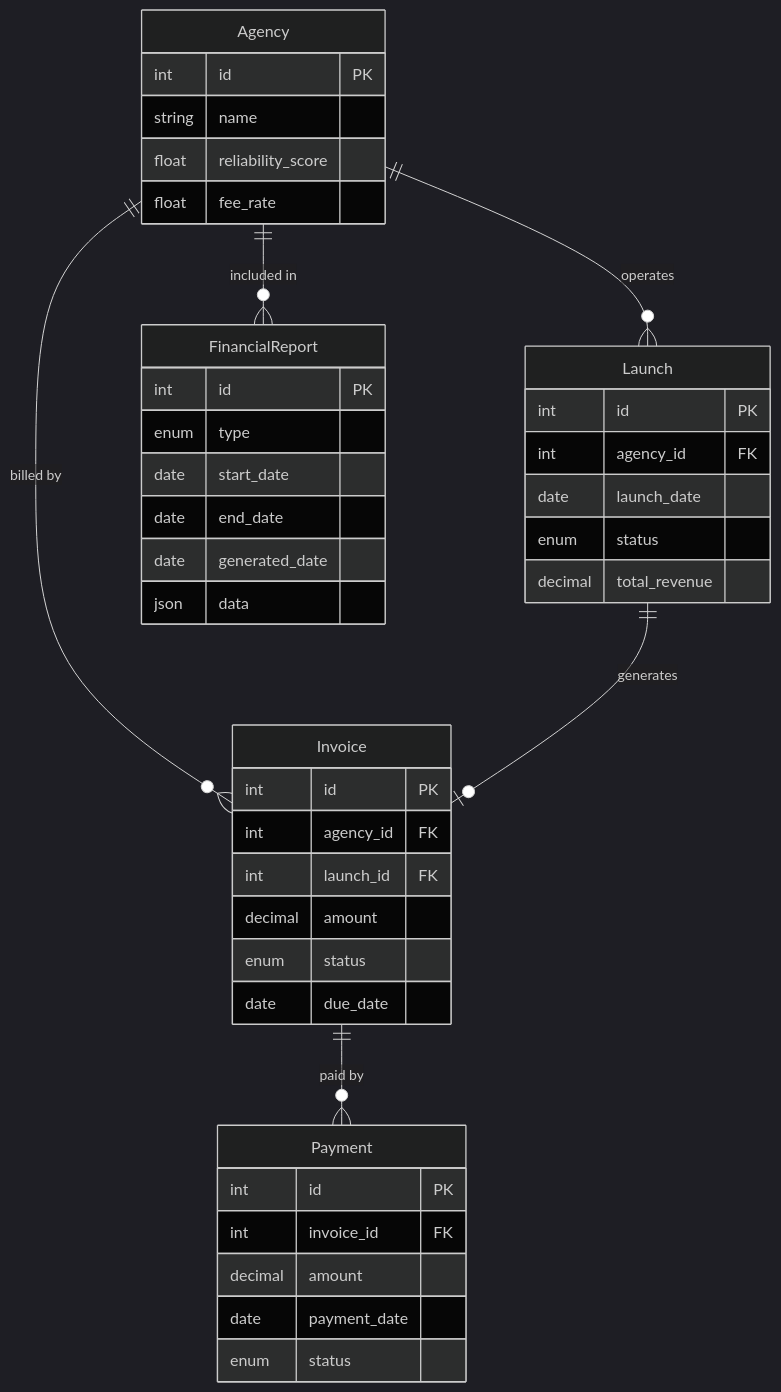
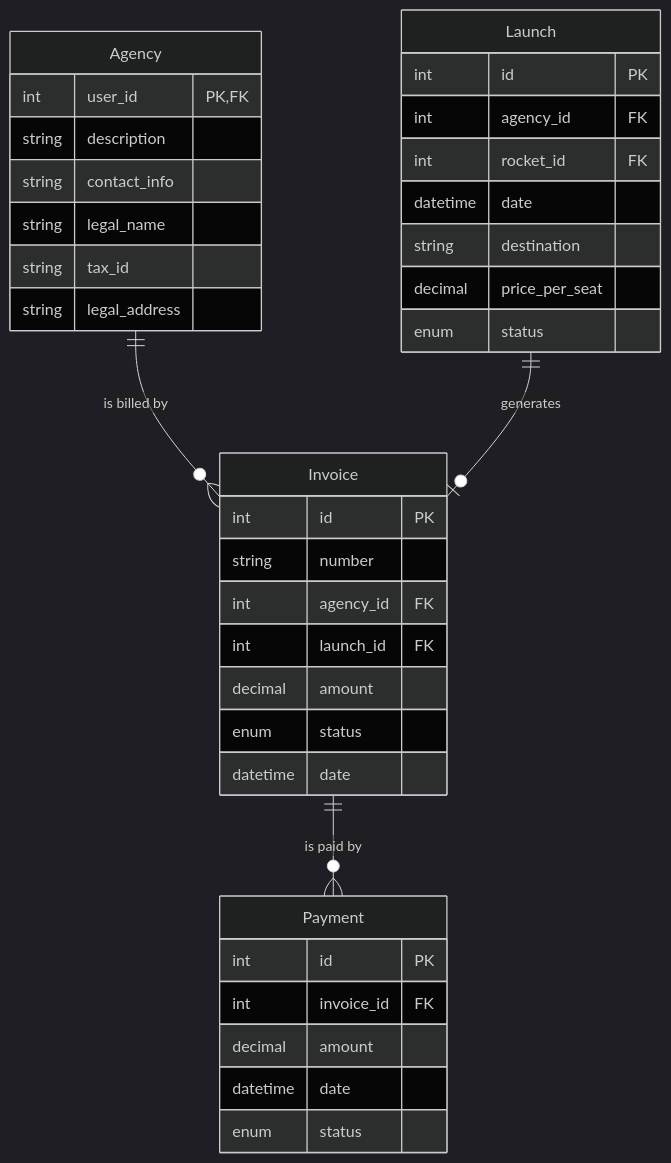
Before and after one commit to AstroBookings/.github: the second of 2 diagrams in profile/1-analysis/5_3-astrobookings-financial-operations-domain.md, drawn with Mermaid (dark theme). The commit also changed other lines of this file and 6 other files, not shown here.

````diff
--- a/profile/1-analysis/5_3-astrobookings-financial-operations-domain.md
+++ b/profile/1-analysis/5_3-astrobookings-financial-operations-domain.md
@@ -150,49 +126,43 @@
 ```mermaid
 erDiagram
     Agency {
-        int id PK
-        string name
-        float reliability_score
-        float fee_rate
+        int user_id PK,FK
+        string description
+        string contact_info
+        string legal_name
+        string tax_id
+        string legal_address
     }
-    
+
     Launch {
         int id PK
         int agency_id FK
-        date launch_date
+        int rocket_id FK
+        datetime date
+        string destination
+        decimal price_per_seat
         enum status
-        decimal total_revenue
     }
-    
+
     Invoice {
         int id PK
+        string number
         int agency_id FK
         int launch_id FK
         decimal amount
         enum status
-        date due_date
+        datetime date
     }
-    
+
     Payment {
         int id PK
         int invoice_id FK
         decimal amount
-        date payment_date
+        datetime date
         enum status
     }
-    
-    FinancialReport {
-        int id PK
-        enum type
-        date start_date
-        date end_date
-        date generated_date
-        json data
-    }
-    
-    Agency ||--o{ Launch : "operates"
-    Agency ||--o{ Invoice : "billed by"
+
+    Agency ||--o{ Invoice : "is billed by"
     Launch ||--o| Invoice : "generates"
-    Invoice ||--o{ Payment : "paid by"
-    Agency ||--o{ FinancialReport : "included in"
+    Invoice ||--o{ Payment : "is paid by"
 ```
````
